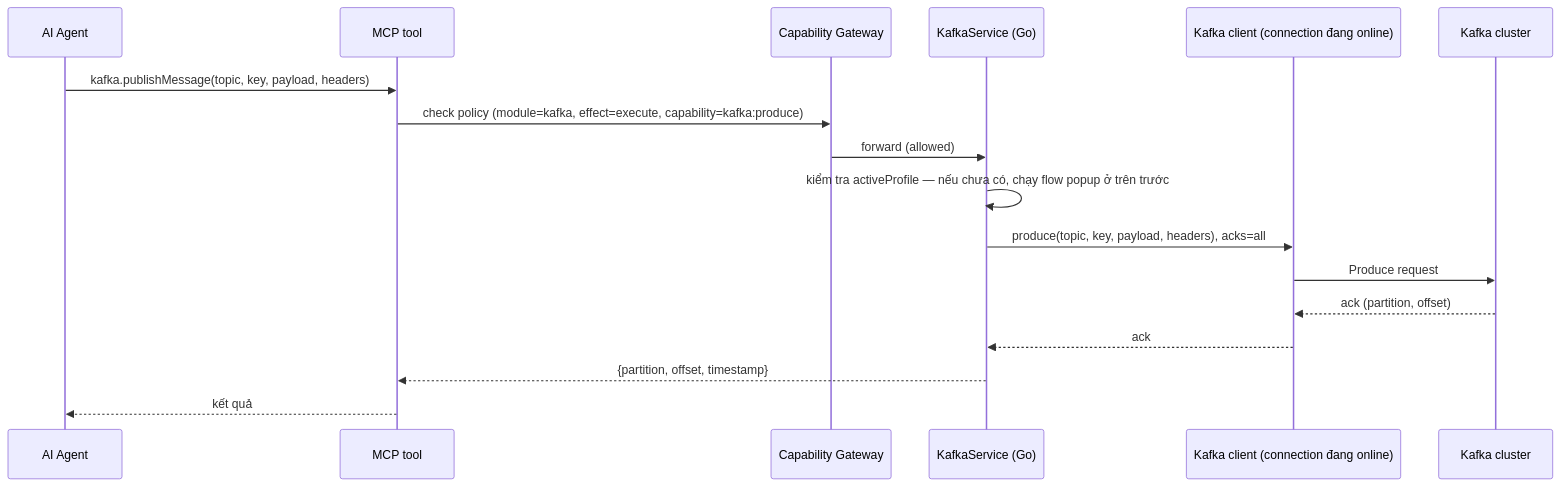
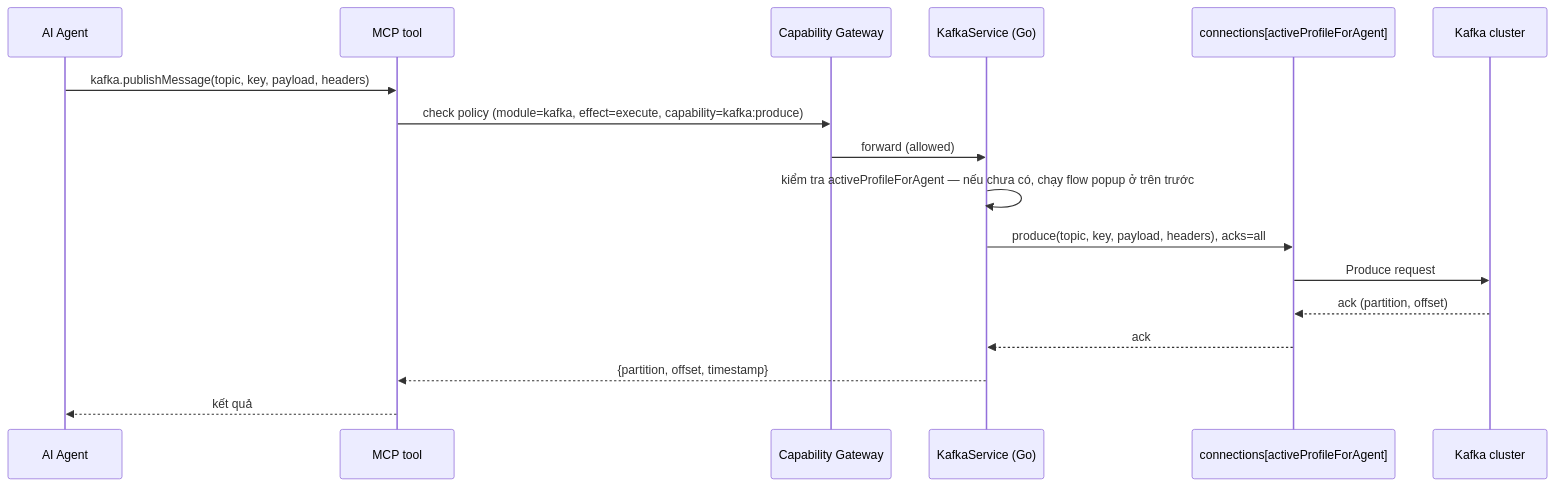
One commit to syurodev/base changed the fifth of 8 diagrams in content/projects/dev-kit/kafka.mdx. Above: the diagram before and after it, drawn with Mermaid. The commit also changed other lines of this file and 6 other files, not shown here.

````diff
--- a/content/projects/dev-kit/kafka.mdx
+++ b/content/projects/dev-kit/kafka.mdx
@@ -188,20 +221,20 @@
 ```mermaid
 sequenceDiagram
   participant Agent as AI Agent
   participant MCP as MCP tool
   participant GW as Capability Gateway
   participant Svc as KafkaService (Go)
-  participant Client as Kafka client (connection đang online)
+  participant Client as connections[activeProfileForAgent]
   participant Broker as Kafka cluster
 
   Agent->>MCP: kafka.publishMessage(topic, key, payload, headers)
   MCP->>GW: check policy (module=kafka, effect=execute, capability=kafka:produce)
   GW->>Svc: forward (allowed)
-  Svc->>Svc: kiểm tra activeProfile — nếu chưa có, chạy flow popup ở trên trước
+  Svc->>Svc: kiểm tra activeProfileForAgent — nếu chưa có, chạy flow popup ở trên trước
   Svc->>Client: produce(topic, key, payload, headers), acks=all
   Client->>Broker: Produce request
   Broker-->>Client: ack (partition, offset)
   Client-->>Svc: ack
   Svc-->>MCP: {partition, offset, timestamp}
   MCP-->>Agent: kết quả
 ```
````
